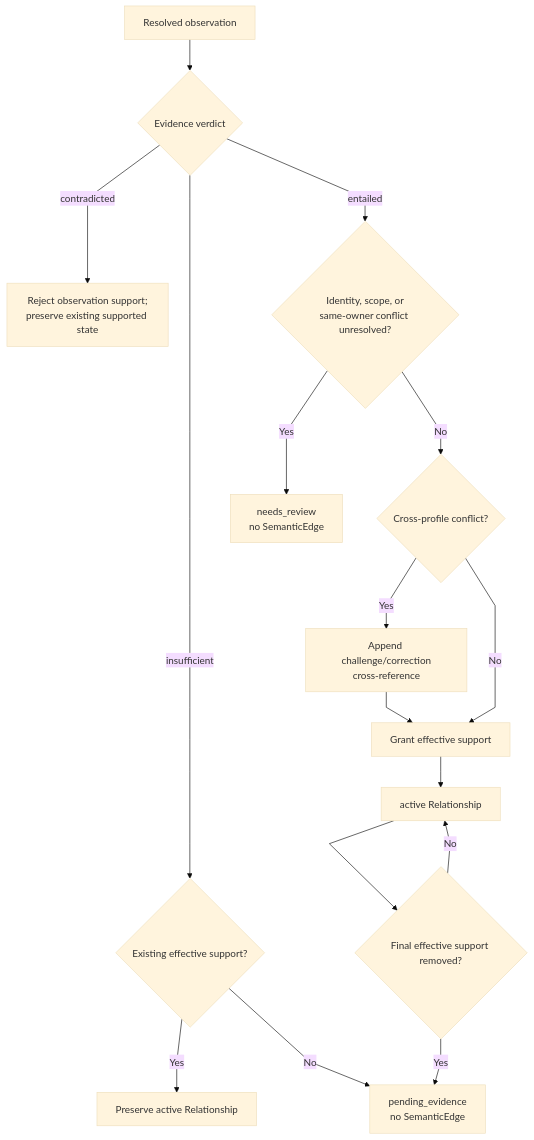
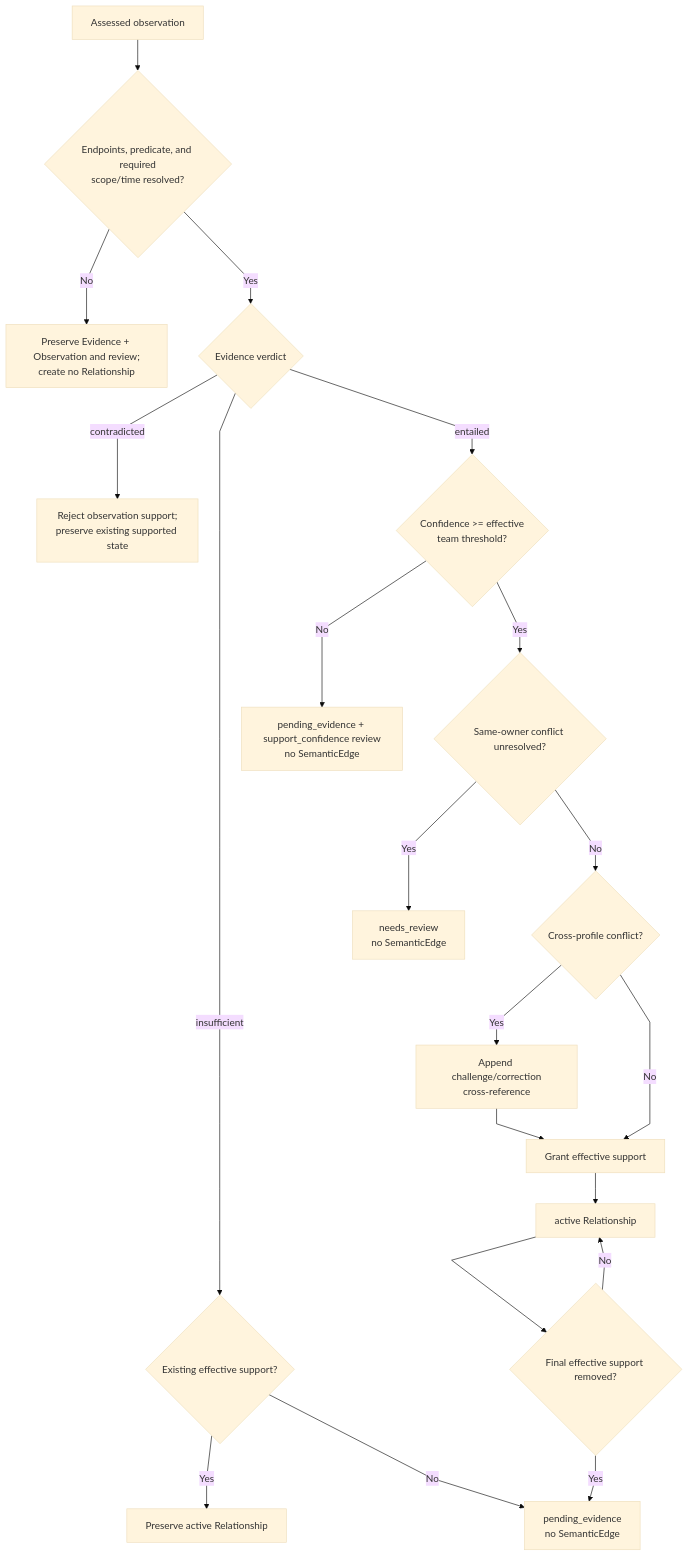
The sixth of 10 diagrams in Relationship-Model-And-Lifecycle.md (markhuangai/dense-mem), drawn with Mermaid (base theme) before and after one commit. The commit also changed other lines of this file and 24 other files, not shown here.

Commit message:
Document V2.4 one-call placement architecture

````diff
--- a/Relationship-Model-And-Lifecycle.md
+++ b/Relationship-Model-And-Lifecycle.md
@@ -528,19 +548,23 @@
 ```mermaid
 %%{init: {"flowchart": {"curve": "linear"}}}%%
 flowchart TD
-  Observation["Resolved observation"] --> Verdict{"Evidence verdict"}
+  Observation["Assessed observation"] --> Structure{"Endpoints, predicate, and required<br/>scope/time resolved?"}
+  Structure -- No --> StructureReview["Preserve Evidence + Observation and review;<br/>create no Relationship"]
+  Structure -- Yes --> Verdict{"Evidence verdict"}
   Verdict -- contradicted --> RejectObservation["Reject observation support;<br/>preserve existing supported state"]
   Verdict -- insufficient --> Existing{"Existing effective support?"}
   Existing -- Yes --> Preserve["Preserve active Relationship"]
   Existing -- No --> Pending["pending_evidence<br/>no SemanticEdge"]
-  Verdict -- entailed --> Ambiguous{"Identity, scope, or<br/>same-owner conflict unresolved?"}
-  Ambiguous -- Yes --> Review["needs_review<br/>no SemanticEdge"]
-  Ambiguous -- No --> Cross{"Cross-profile conflict?"}
+  Verdict -- entailed --> Gate{"Confidence >= effective<br/>team threshold?"}
+  Gate -- No --> ConfidenceReview["pending_evidence + support_confidence review<br/>no SemanticEdge"]
+  Gate -- Yes --> OwnerConflict{"Same-owner conflict unresolved?"}
+  OwnerConflict -- Yes --> Review["needs_review<br/>no SemanticEdge"]
+  OwnerConflict -- No --> Cross{"Cross-profile conflict?"}
   Cross -- Yes --> Reference["Append challenge/correction<br/>cross-reference"]
   Cross -- No --> Support["Grant effective support"]
   Reference --> Support
   Support --> Active["active Relationship"]
   Active --> Lost{"Final effective support removed?"}
   Lost -- No --> Active
   Lost -- Yes --> Pending
 ```
````
